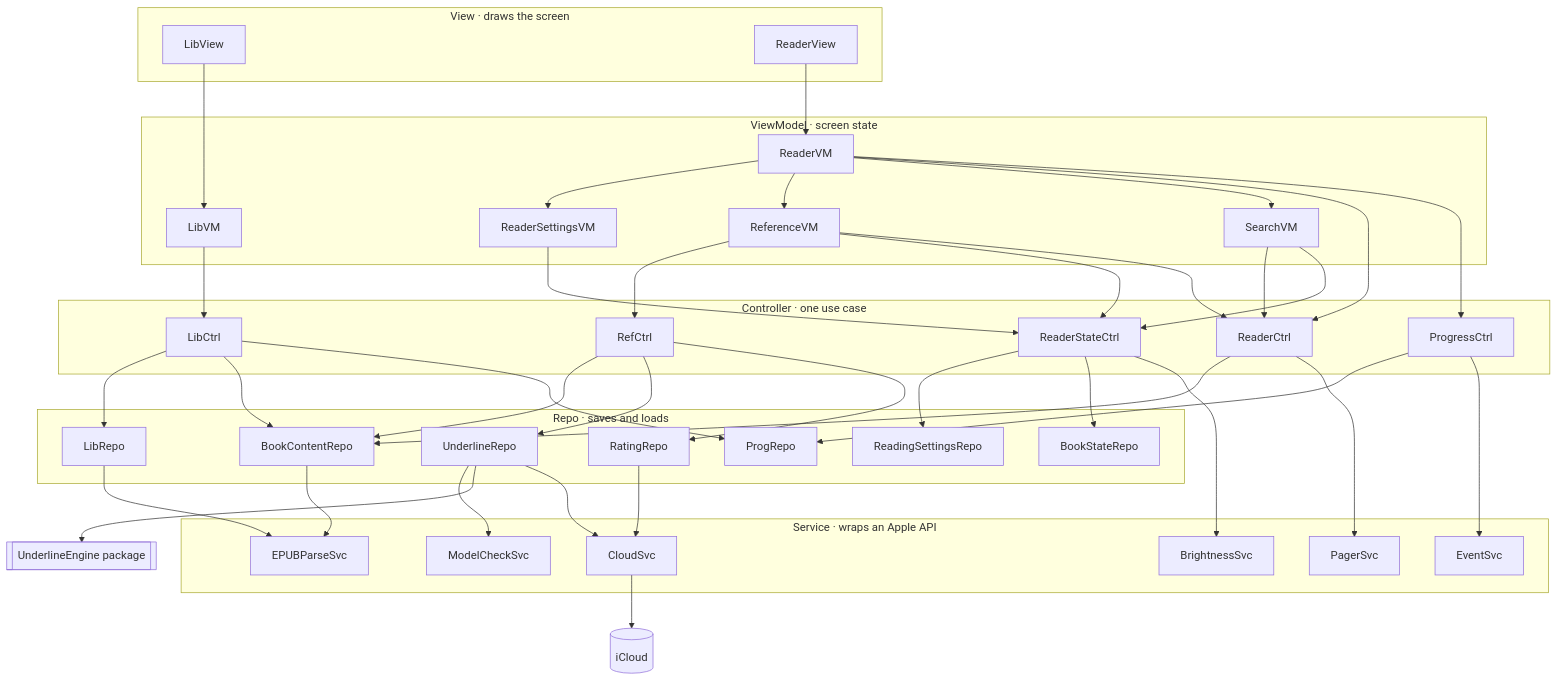
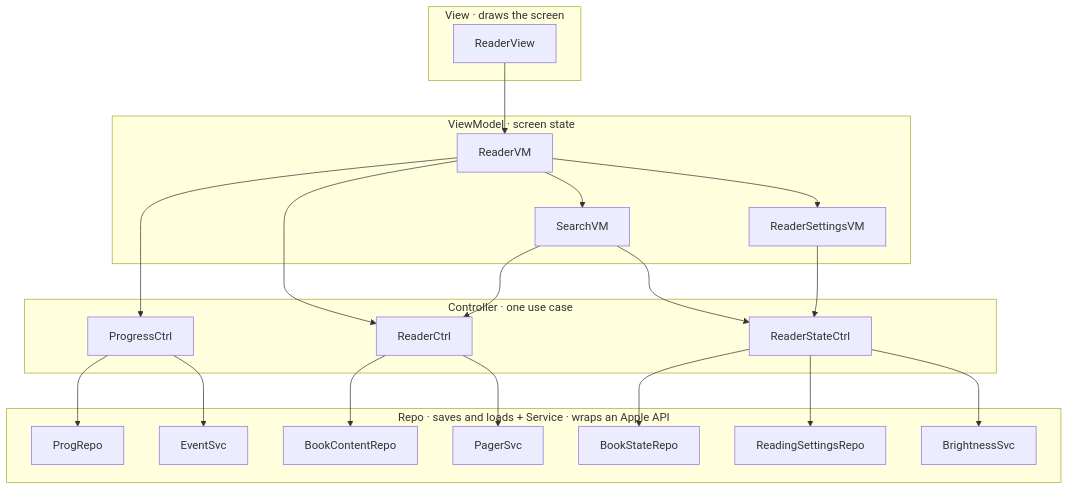
Before and after one commit to AftrHours/iRead: the fourth of 16 diagrams in docs/DIAGRAMS.md, drawn with Mermaid. The commit also changed other lines of this file and 5 other files, not shown here.

````diff
--- a/docs/DIAGRAMS.md
+++ b/docs/DIAGRAMS.md
@@ -61,83 +120,42 @@
 ```mermaid
 flowchart TB
   subgraph View["View · draws the screen"]
-    LibView
     ReaderView
   end
-
   subgraph ViewModel["ViewModel · screen state"]
-    LibVM
     ReaderVM
+    SearchVM
     ReaderSettingsVM
-    ReferenceVM
-    SearchVM
+  end
+  subgraph Controller["Controller · one use case"]
+    ProgressCtrl
+    ReaderCtrl
+    ReaderStateCtrl
+  end
+  subgraph Below["Repo · saves and loads   +   Service · wraps an Apple API"]
+    ProgRepo
+    EventSvc
+    BookContentRepo
+    PagerSvc
+    BookStateRepo
+    ReadingSettingsRepo
+    BrightnessSvc
   end
 
-  subgraph Controller["Controller · one use case"]
-    LibCtrl
-    ReaderCtrl
-    ProgressCtrl
-    ReaderStateCtrl
-    RefCtrl
-  end
-
-  subgraph Repo["Repo · saves and loads"]
-    LibRepo
-    BookContentRepo
-    ProgRepo
-    ReadingSettingsRepo
-    BookStateRepo
-    UnderlineRepo
-    RatingRepo
-  end
-
-  subgraph Service["Service · wraps an Apple API"]
-    EPUBParseSvc
-    PagerSvc
-    BrightnessSvc
-    EventSvc
-    ModelCheckSvc
-    CloudSvc
-  end
-
-  Engine[[UnderlineEngine package]]
-  iCloud[(iCloud)]
-
-  LibView --> LibVM
   ReaderView --> ReaderVM
+  ReaderVM --> SearchVM
   ReaderVM --> ReaderSettingsVM
-  ReaderVM --> ReferenceVM
-  ReaderVM --> SearchVM
-
-  LibVM --> LibCtrl
+  ReaderVM --> ProgressCtrl
   ReaderVM --> ReaderCtrl
-  ReaderVM --> ProgressCtrl
-  ReaderSettingsVM --> ReaderStateCtrl
-  ReferenceVM --> RefCtrl
-  ReferenceVM --> ReaderStateCtrl
-  ReferenceVM --> ReaderCtrl
   SearchVM --> ReaderCtrl
   SearchVM --> ReaderStateCtrl
+  ReaderSettingsVM --> ReaderStateCtrl
 
-  LibCtrl --> LibRepo
-  LibCtrl --> BookContentRepo
-  LibCtrl --> ProgRepo
+  ProgressCtrl --> ProgRepo
+  ProgressCtrl --> EventSvc
   ReaderCtrl --> BookContentRepo
   ReaderCtrl --> PagerSvc
-  ProgressCtrl --> ProgRepo
-  ProgressCtrl --> EventSvc
+  ReaderStateCtrl --> BookStateRepo
   ReaderStateCtrl --> ReadingSettingsRepo
-  ReaderStateCtrl --> BookStateRepo
   ReaderStateCtrl --> BrightnessSvc
-  RefCtrl --> BookContentRepo
-  RefCtrl --> UnderlineRepo
-  RefCtrl --> RatingRepo
-
-  LibRepo --> EPUBParseSvc
-  BookContentRepo --> EPUBParseSvc
-  UnderlineRepo --> ModelCheckSvc
-  UnderlineRepo --> Engine
-  UnderlineRepo --> CloudSvc
-  RatingRepo --> CloudSvc
-  CloudSvc --> iCloud
 ```
````
